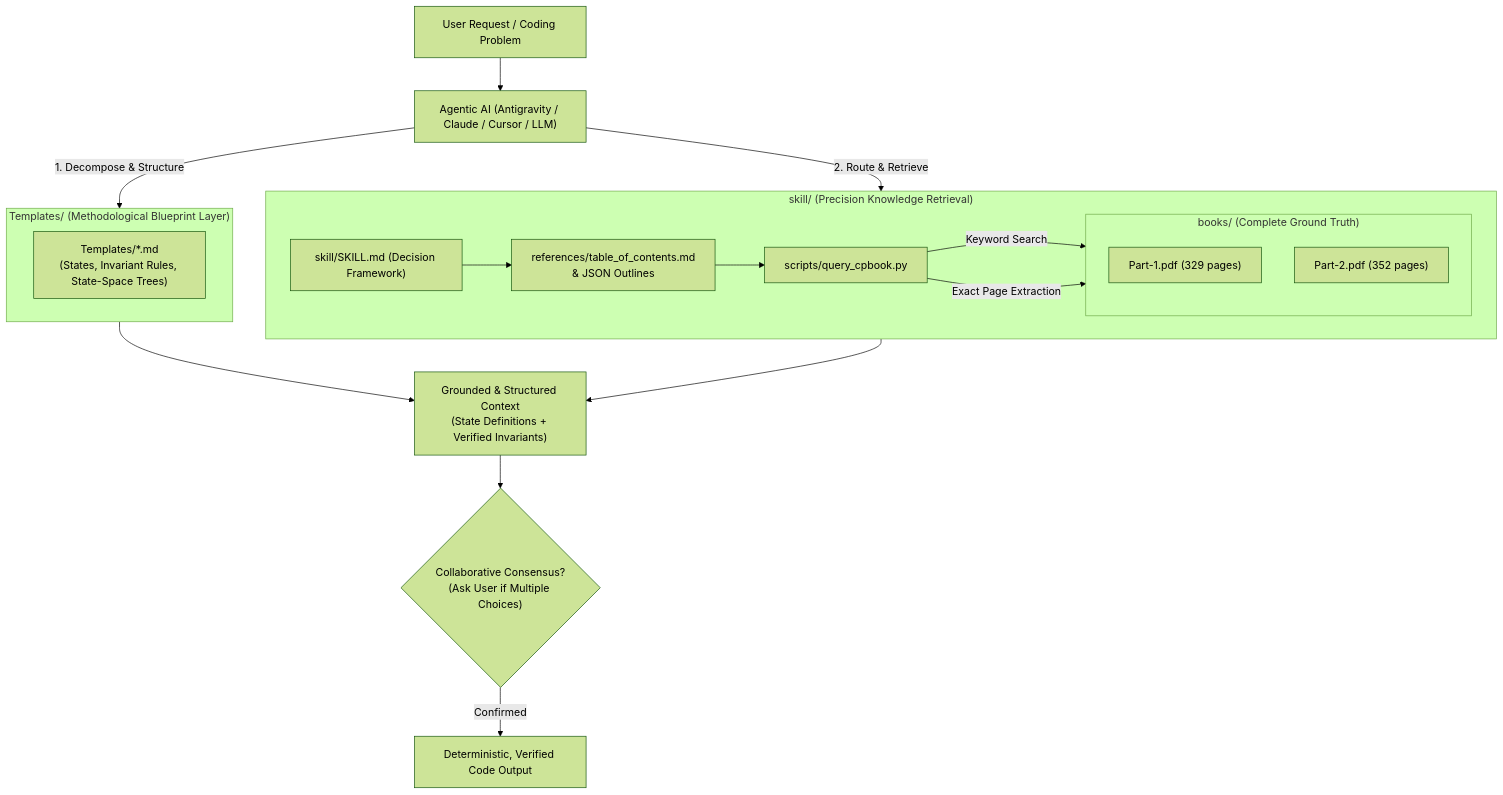
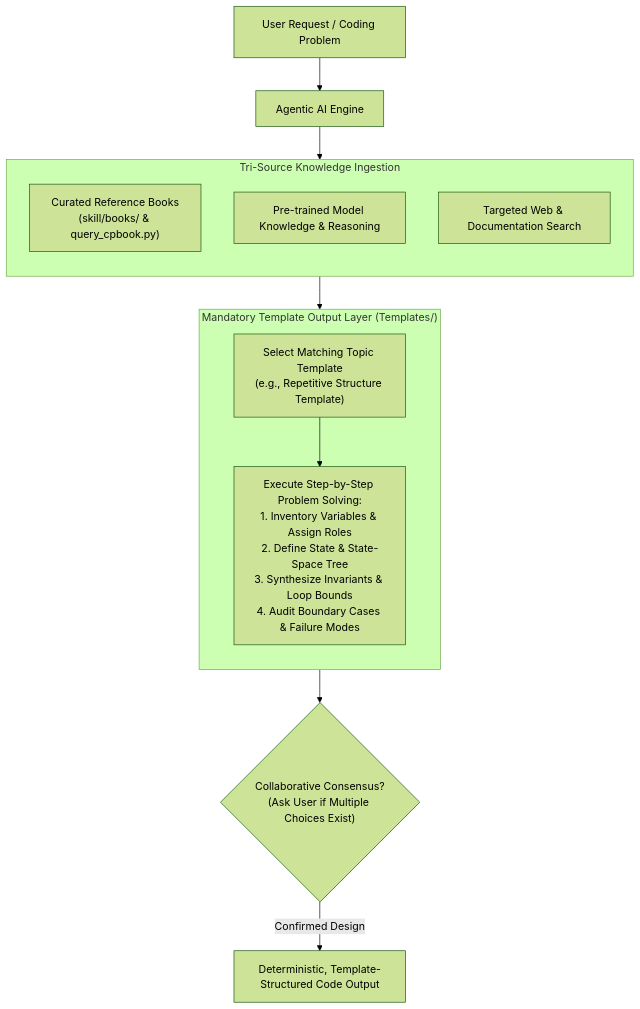
The diagram in skill/ARCHITECTURE.md (AkmKawser/Science_Of_Coding), drawn with Mermaid (forest theme) before and after one commit. The commit also changed other lines of this file and 1 other file, not shown here.

Commit message:
Update Precision Retrieval Architecture with Tri-Source Ingestion and Mandatory Template Output

````diff
--- a/skill/ARCHITECTURE.md
+++ b/skill/ARCHITECTURE.md
@@ -38,30 +38,25 @@
 ```mermaid
 flowchart TD
-    User["User Request / Coding Problem"] --> Agent["Agentic AI (Antigravity / Claude / Cursor / LLM)"]
+    User["User Request / Coding Problem"] --> Agent["Agentic AI Engine"]
     
-    subgraph BlueprintLayer["Templates/ (Methodological Blueprint Layer)"]
-        TemplateDoc["Templates/*.md<br/>(States, Invariant Rules, State-Space Trees)"]
+    subgraph KnowledgeSources["Tri-Source Knowledge Ingestion"]
+        direction TB
+        Books["Curated Reference Books<br/>(skill/books/ & query_cpbook.py)"]
+        LLM["Pre-trained Model Knowledge & Reasoning"]
+        Web["Targeted Web & Documentation Search"]
     end
     
-    subgraph SkillPackage["skill/ (Precision Knowledge Retrieval)"]
-        SkillSpec["skill/SKILL.md (Decision Framework)"] --> TOC["references/table_of_contents.md<br/>& JSON Outlines"]
-        TOC --> Script["scripts/query_cpbook.py"]
-        
-        subgraph DataStore["books/ (Complete Ground Truth)"]
-            PDF1["Part-1.pdf (329 pages)"]
-            PDF2["Part-2.pdf (352 pages)"]
-        end
-        
-        Script -->|Keyword Search| DataStore
-        Script -->|Exact Page Extraction| DataStore
+    Agent --> KnowledgeSources
+    
+    subgraph TemplateSynthesis["Mandatory Template Output Layer (Templates/)"]
+        direction TB
+        TSelect["Select Matching Topic Template<br/>(e.g., Repetitive Structure Template)"]
+        TSteps["Execute Step-by-Step Problem Solving:<br/>1. Inventory Variables & Assign Roles<br/>2. Define State & State-Space Tree<br/>3. Synthesize Invariants & Loop Bounds<br/>4. Audit Boundary Cases & Failure Modes"]
+        TSelect --> TSteps
     end
     
-    Agent -->|1. Decompose & Structure| BlueprintLayer
-    Agent -->|2. Route & Retrieve| SkillPackage
+    KnowledgeSources --> TemplateSynthesis
     
-    BlueprintLayer --> GroundedContext["Grounded & Structured Context<br/>(State Definitions + Verified Invariants)"]
-    SkillPackage --> GroundedContext
-    
-    GroundedContext --> Consensus{"Collaborative Consensus?<br/>(Ask User if Multiple Choices)"}
-    Consensus -->|Confirmed| CodeOutput["Deterministic, Verified Code Output"]
+    TemplateSynthesis --> Consensus{"Collaborative Consensus?<br/>(Ask User if Multiple Choices Exist)"}
+    Consensus -->|Confirmed Design| Output["Deterministic, Template-Structured Code Output"]
 ```
````
